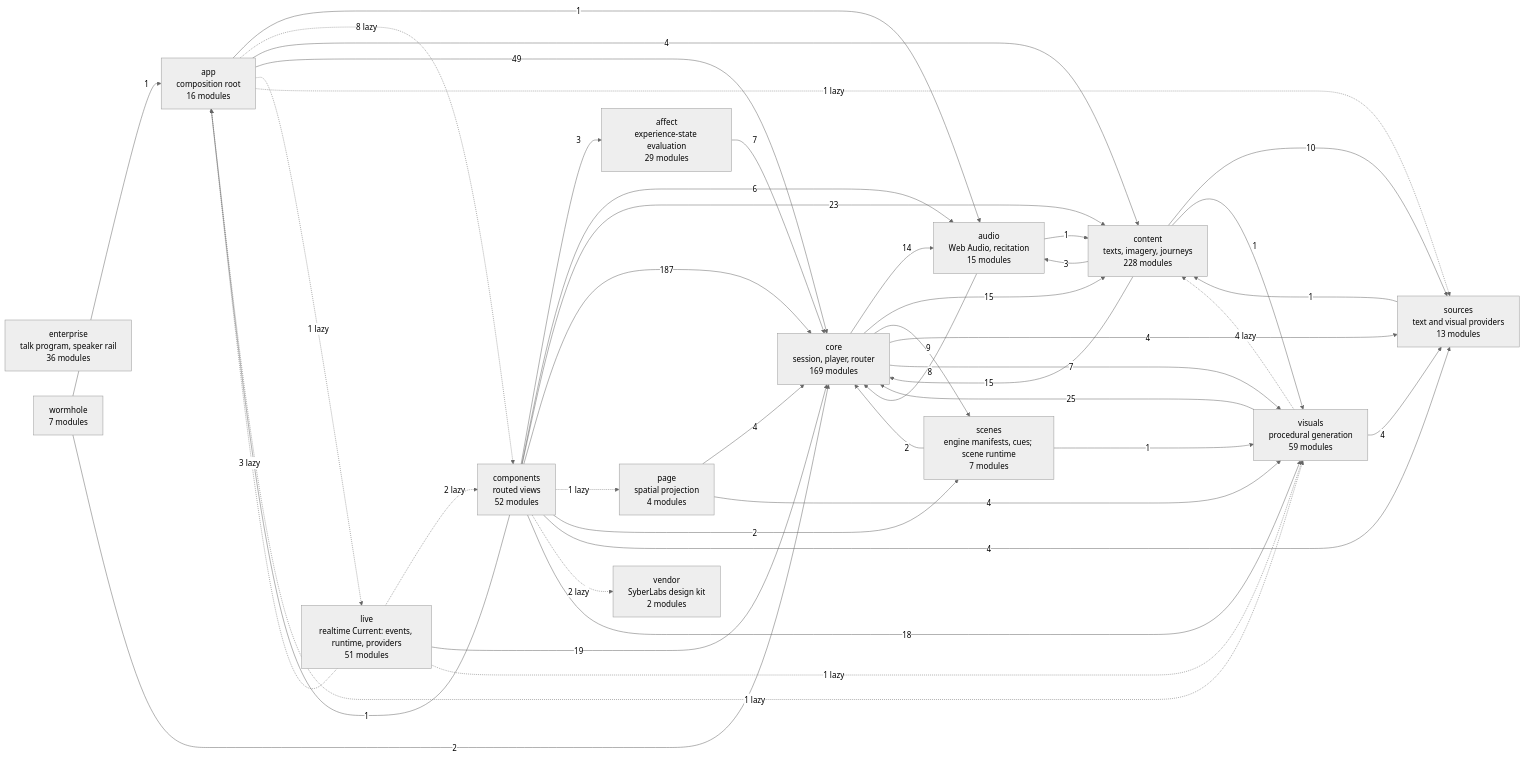
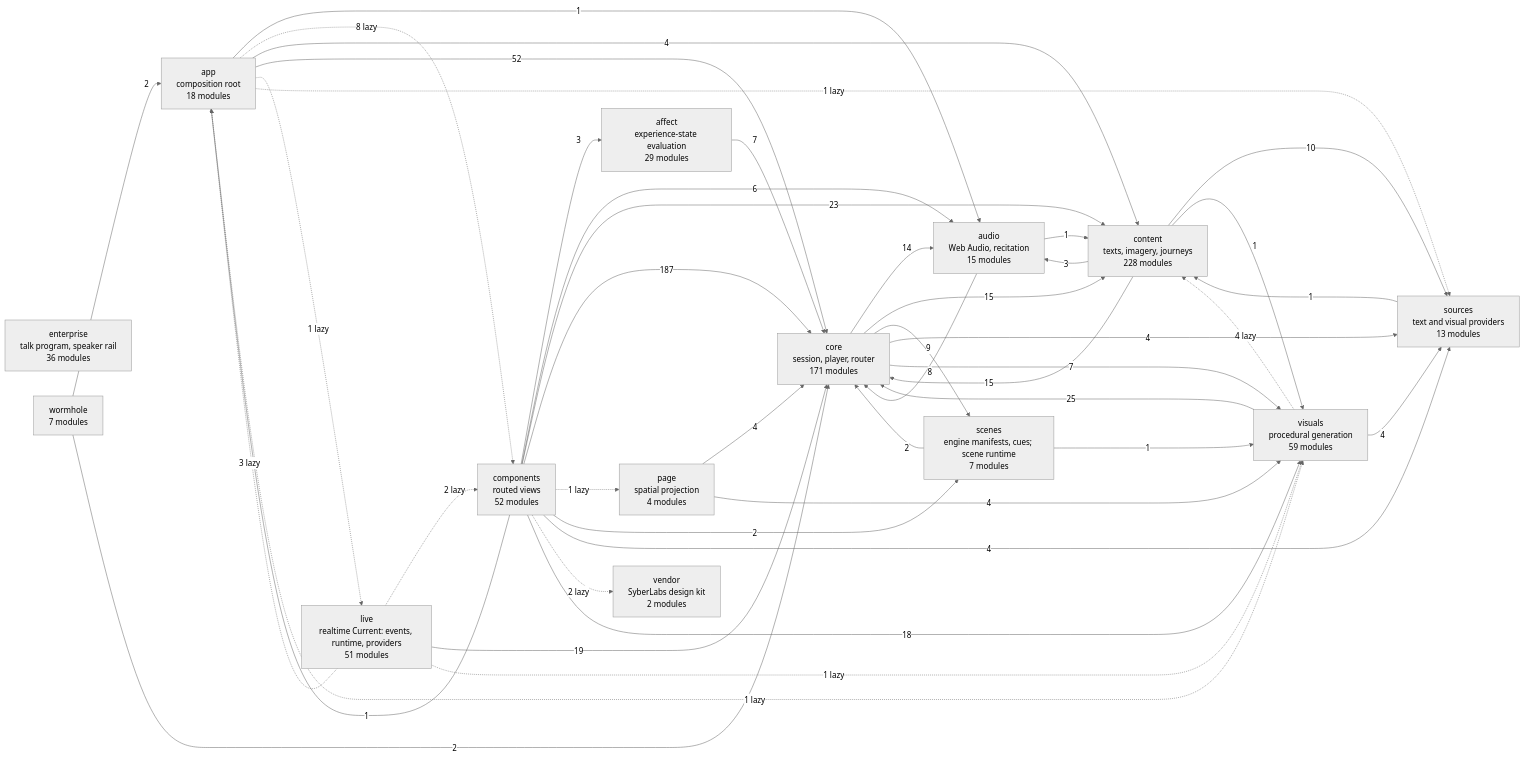
The diagram in docs/specs/ARCHITECTURE.md (SyberLabs/RISE), drawn with Mermaid (neutral theme) before and after one commit. The commit also changed 28 other files, not shown here.

````diff
--- a/docs/specs/ARCHITECTURE.md
+++ b/docs/specs/ARCHITECTURE.md
@@ -161,61 +161,61 @@
 ```mermaid
 flowchart LR
     affect["affect<br/>experience-state evaluation<br/>29 modules"]
-    app["app<br/>composition root<br/>16 modules"]
+    app["app<br/>composition root<br/>18 modules"]
     audio["audio<br/>Web Audio, recitation<br/>15 modules"]
     components["components<br/>routed views<br/>52 modules"]
     content["content<br/>texts, imagery, journeys<br/>228 modules"]
-    core["core<br/>session, player, router<br/>169 modules"]
+    core["core<br/>session, player, router<br/>171 modules"]
     enterprise["enterprise<br/>talk program, speaker rail<br/>36 modules"]
     live["live<br/>realtime Current: events, runtime, providers<br/>51 modules"]
     page["page<br/>spatial projection<br/>4 modules"]
     scenes["scenes<br/>engine manifests, cues; scene runtime<br/>7 modules"]
     sources["sources<br/>text and visual providers<br/>13 modules"]
     vendor["vendor<br/>SyberLabs design kit<br/>2 modules"]
     visuals["visuals<br/>procedural generation<br/>59 modules"]
     wormhole["wormhole<br/>7 modules"]
 
     affect --> |7| core
     app --> |1| audio
     app -.-> |8 lazy| components
     app --> |4| content
-    app --> |49| core
+    app --> |52| core
     app -.-> |1 lazy| live
     app -.-> |1 lazy| sources
     app -.-> |1 lazy| visuals
     audio --> |1| content
     audio --> |8| core
     components --> |3| affect
     components --> |1| app
     components --> |6| audio
     components --> |23| content
     components --> |187| core
     components -.-> |1 lazy| page
     components --> |2| scenes
     components --> |4| sources
     components -.-> |2 lazy| vendor
     components --> |18| visuals
     content --> |3| audio
     content --> |15| core
     content --> |10| sources
     content --> |1| visuals
     core --> |14| audio
     core --> |15| content
     core --> |9| scenes
     core --> |4| sources
     core --> |7| visuals
     live -.-> |3 lazy| app
     live -.-> |2 lazy| components
     live --> |19| core
     live -.-> |1 lazy| visuals
     page --> |4| core
     page --> |4| visuals
     scenes --> |2| core
     scenes --> |1| visuals
     sources --> |1| content
     visuals -.-> |4 lazy| content
     visuals --> |25| core
     visuals --> |4| sources
-    wormhole --> |1| app
+    wormhole --> |2| app
     wormhole --> |2| core
 ```
````
